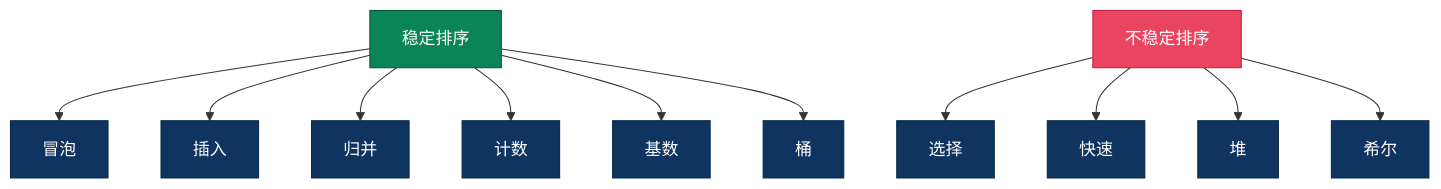
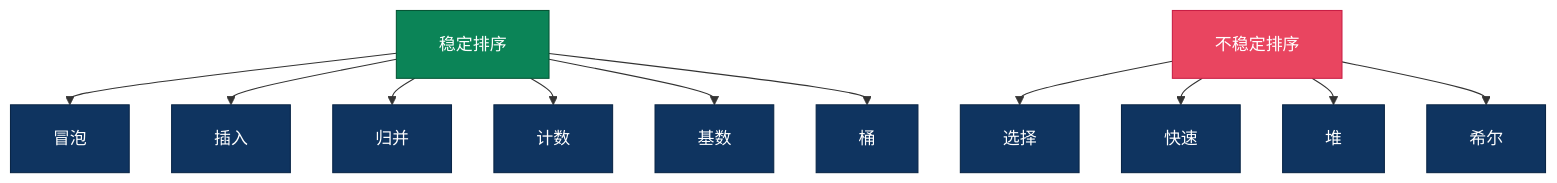
One commit to microwind/algorithms changed diagram 13 of 14 in sorting/AI-Era-Top-10-Sorting-Algorithms.md. Above: the diagram before and after it, drawn with Mermaid. The commit also changed other lines of this file and 3 other files, not shown here.

````diff
--- a/sorting/AI-Era-Top-10-Sorting-Algorithms.md
+++ b/sorting/AI-Era-Top-10-Sorting-Algorithms.md
@@ -829,13 +832,14 @@
 ```mermaid
+%%{init: {'flowchart': {'nodeSpacing': 40, 'rankSpacing': 25, 'padding': 20}}}%%
 graph TD
     STABLE["稳定排序"] --> SB["冒泡"] & SI["插入"] & SM["归并"] & SC["计数"] & SR["基数"] & SBK["桶"]
     UNSTABLE["不稳定排序"] --> US["选择"] & UQ["快速"] & UH["堆"] & USH["希尔"]
 
     classDef stab fill:#0b8457,color:#fff,stroke:#065535
     classDef unstab fill:#e94560,color:#fff,stroke:#c81e45
     classDef item fill:#0f3460,color:#fff,stroke:#0a2647
 
     class STABLE stab
     class UNSTABLE unstab
     class SB,SI,SM,SC,SR,SBK,US,UQ,UH,USH item
 ```
````
